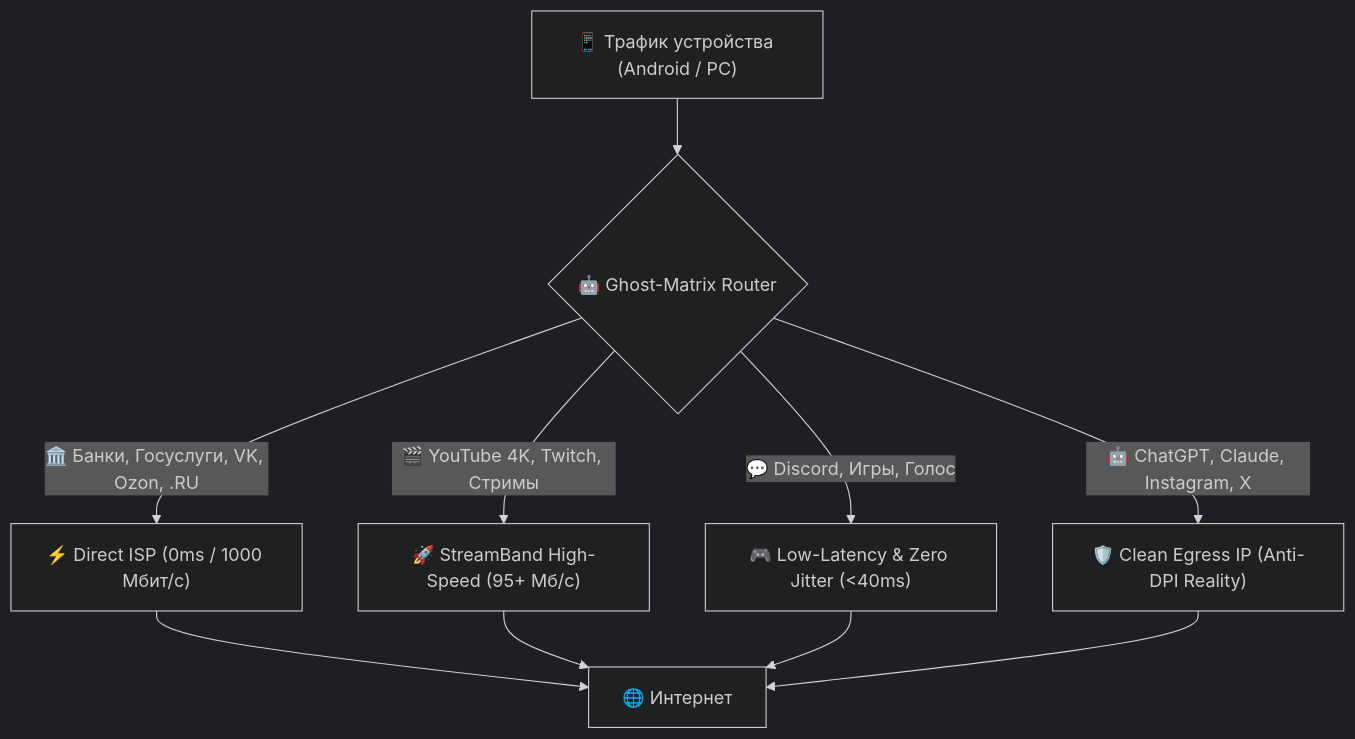
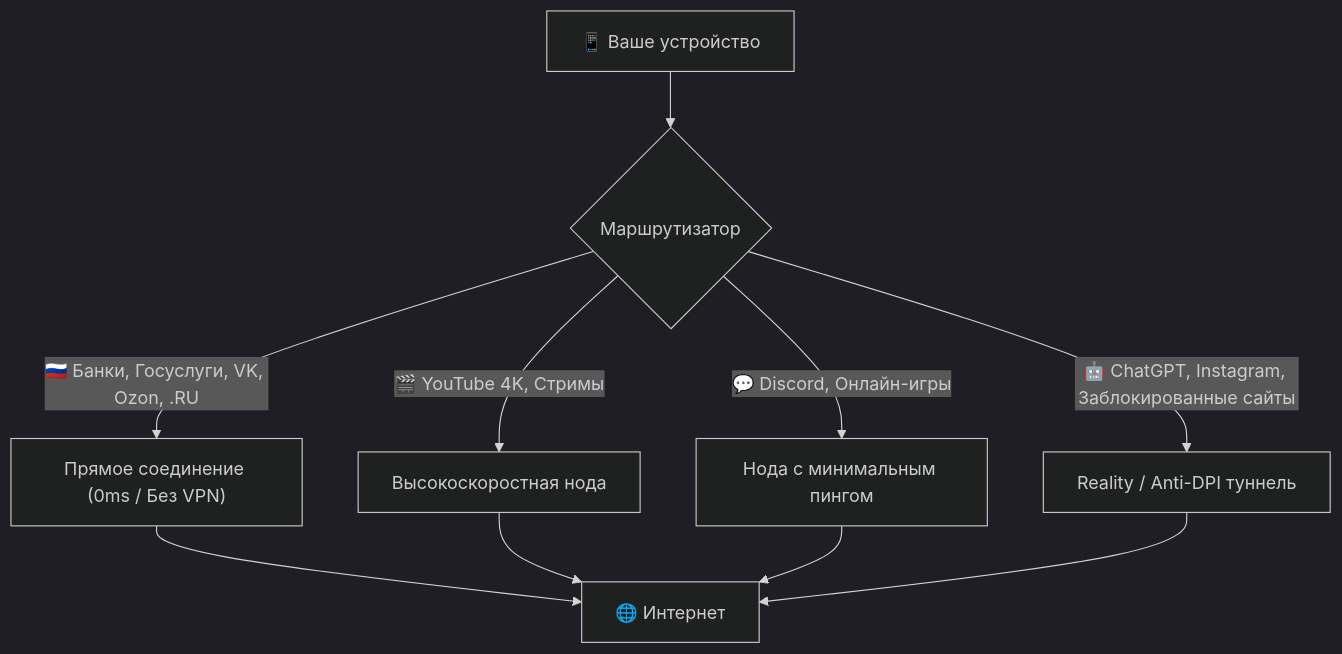
The diagram in README.md (SH20FK/TurboProbe), drawn with Mermaid (dark theme) before and after one commit. The commit also changed other lines of this file and 8 other files, not shown here.

Commit message:
fix(vpn): implement pure-kotlin in-app TUN packet forwarder, DNS engine and true ghost-matrix lane specialization

````diff
--- a/README.md
+++ b/README.md
@@ -37,14 +38,14 @@
 ```mermaid
 flowchart TD
-    App["📱 Трафик устройства (Android / PC)"] --> Router{"🤖 Ghost-Matrix Router"}
+    Device["📱 Ваше устройство"] --> Splitter{"Маршрутизатор"}
     
-    Router -->|"🏛️ Банки, Госуслуги, VK, Ozon, .RU"| Direct["⚡ Direct ISP (0ms / 1000 Мбит/с)"]
-    Router -->|"🎬 YouTube 4K, Twitch, Стримы"| FastNode["🚀 StreamBand High-Speed (95+ Мб/с)"]
-    Router -->|"💬 Discord, Игры, Голос"| LowPing["🎮 Low-Latency & Zero Jitter (<40ms)"]
-    Router -->|"🤖 ChatGPT, Claude, Instagram, X"| SecureExit["🛡️ Clean Egress IP (Anti-DPI Reality)"]
+    Splitter -->|"🇷🇺 Банки, Госуслуги, VK, Ozon, .RU"| Direct["Прямое соединение (0ms / Без VPN)"]
+    Splitter -->|"🎬 YouTube 4K, Стримы"| FastProxy["Высокоскоростная нода"]
+    Splitter -->|"💬 Discord, Онлайн-игры"| LowPing["Нода с минимальным пингом"]
+    Splitter -->|"🤖 ChatGPT, Instagram, Заблокированные сайты"| StealthProxy["Reality / Anti-DPI туннель"]
     
-    Direct --> Internet["🌐 Интернет"]
-    FastNode --> Internet
-    LowPing --> Internet
-    SecureExit --> Internet
+    Direct --> Web["🌐 Интернет"]
+    FastProxy --> Web
+    LowPing --> Web
+    StealthProxy --> Web
 ```
````
